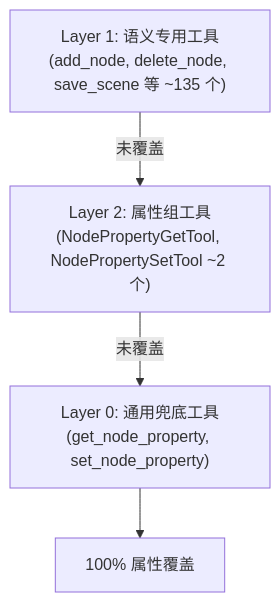
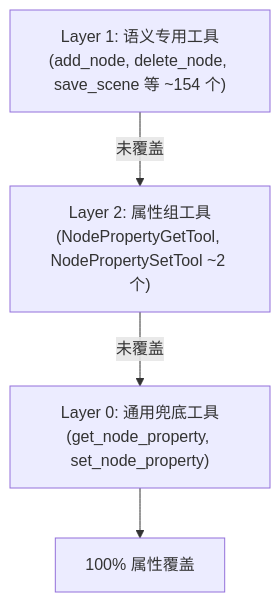
Before and after one commit to jesspig/GodotMCP-GDExtension: the diagram in .repo_wiki/modules/fallback-tools.md, drawn with Mermaid. The commit also changed 14 other files, not shown here.

````diff
--- a/.repo_wiki/modules/fallback-tools.md
+++ b/.repo_wiki/modules/fallback-tools.md
@@ -14,11 +14,11 @@
 ```mermaid
 flowchart TD
-    L1["Layer 1: 语义专用工具<br/>(add_node, delete_node, save_scene 等 ~135 个)"]
+    L1["Layer 1: 语义专用工具<br/>(add_node, delete_node, save_scene 等 ~154 个)"]
     L2["Layer 2: 属性组工具<br/>(NodePropertyGetTool, NodePropertySetTool ~2 个)"]
     L0["Layer 0: 通用兜底工具<br/>(get_node_property, set_node_property)"]
     ALL["100% 属性覆盖"]
 
     L1 -->|"未覆盖"| L2
     L2 -->|"未覆盖"| L0
     L0 --> ALL
 ```
````
